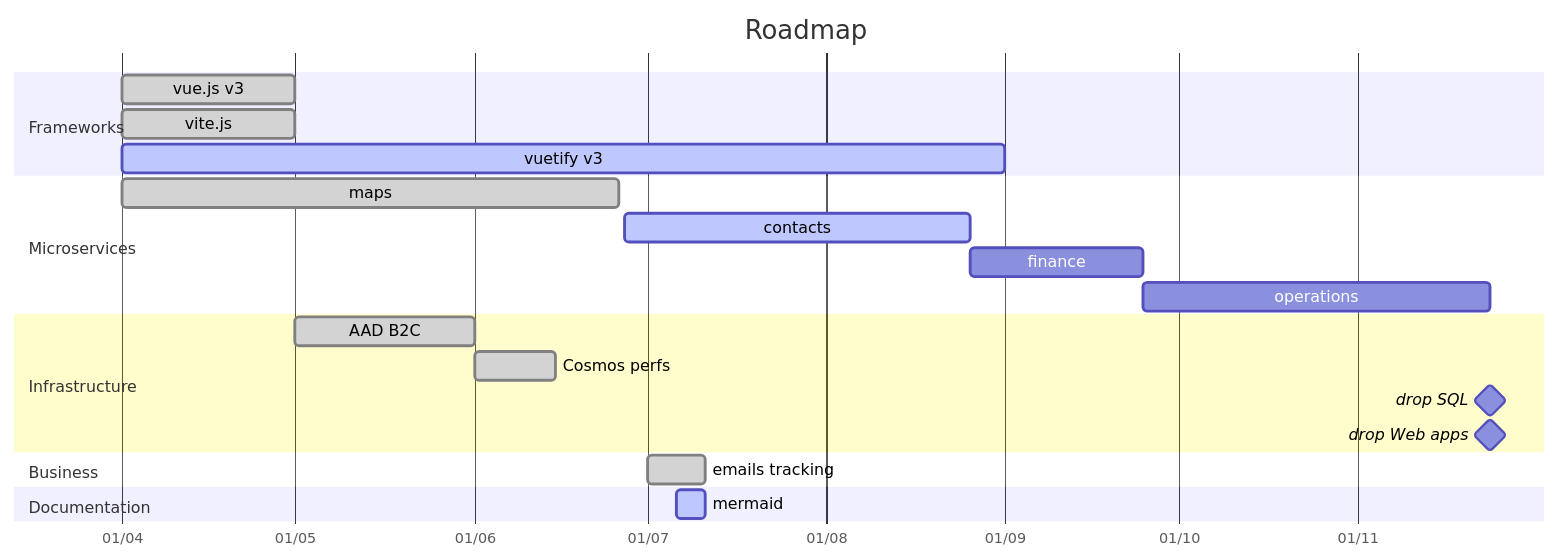
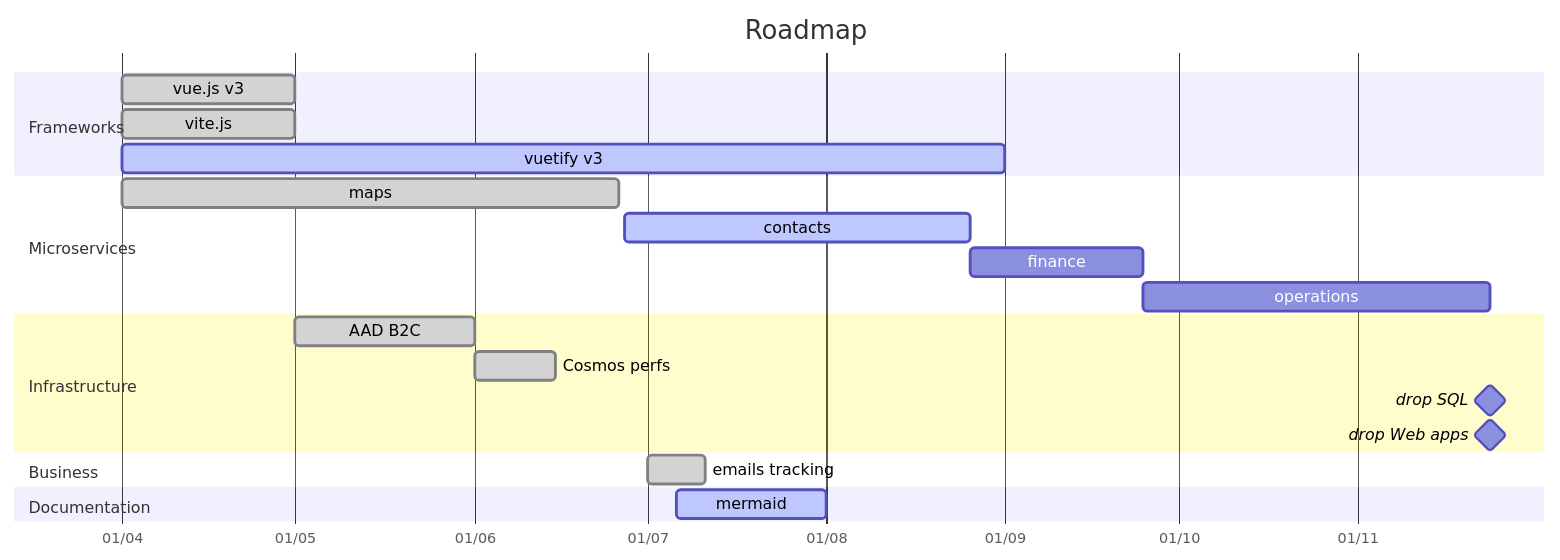
Before and after one commit to amilochau/.github: the diagram in docs/roadmap.md, drawn with Mermaid.

````diff
--- a/docs/roadmap.md
+++ b/docs/roadmap.md
@@ -9,29 +9,29 @@
 ```mermaid
 gantt
   title Roadmap
   dateFormat YYYY-MM-DD
   axisFormat %d/%m
 
   section Frameworks
   vue.js v3       : done,       vue,        2022-04-01,               2022-05-01
   vite.js         : done,       vite,       2022-04-01,               2022-05-01
   vuetify v3      : active,     vuetify,    2022-04-01,               2022-09-01
 
   section Microservices
   maps            : done,       maps,       2022-04-01,               2022-06-26
   contacts        : active,     contacts,   2022-06-27,               60d
   finance         :             finance,    after contacts,           30d
   operations      :             operations, after finance,            60d
 
   section Infrastructure
   AAD B2C         : done,       aadb2c,     2022-05-01,               2022-06-01
   Cosmos perfs    : done,       cosmos,     2022-06-01,               2022-06-15
   drop SQL        : milestone,  sql,        after operations,         0d
   drop Web apps   : milestone,  webapps,    after operations,         0d
 
   section Business
   emails tracking : done,     tracking,   2022-07-01,             10d
 
   section Documentation
-  mermaid         : active,     mermaid,    2022-07-06,               5d
+  mermaid         : active,     mermaid,    2022-07-06,               2022-08-01
 ```
````
